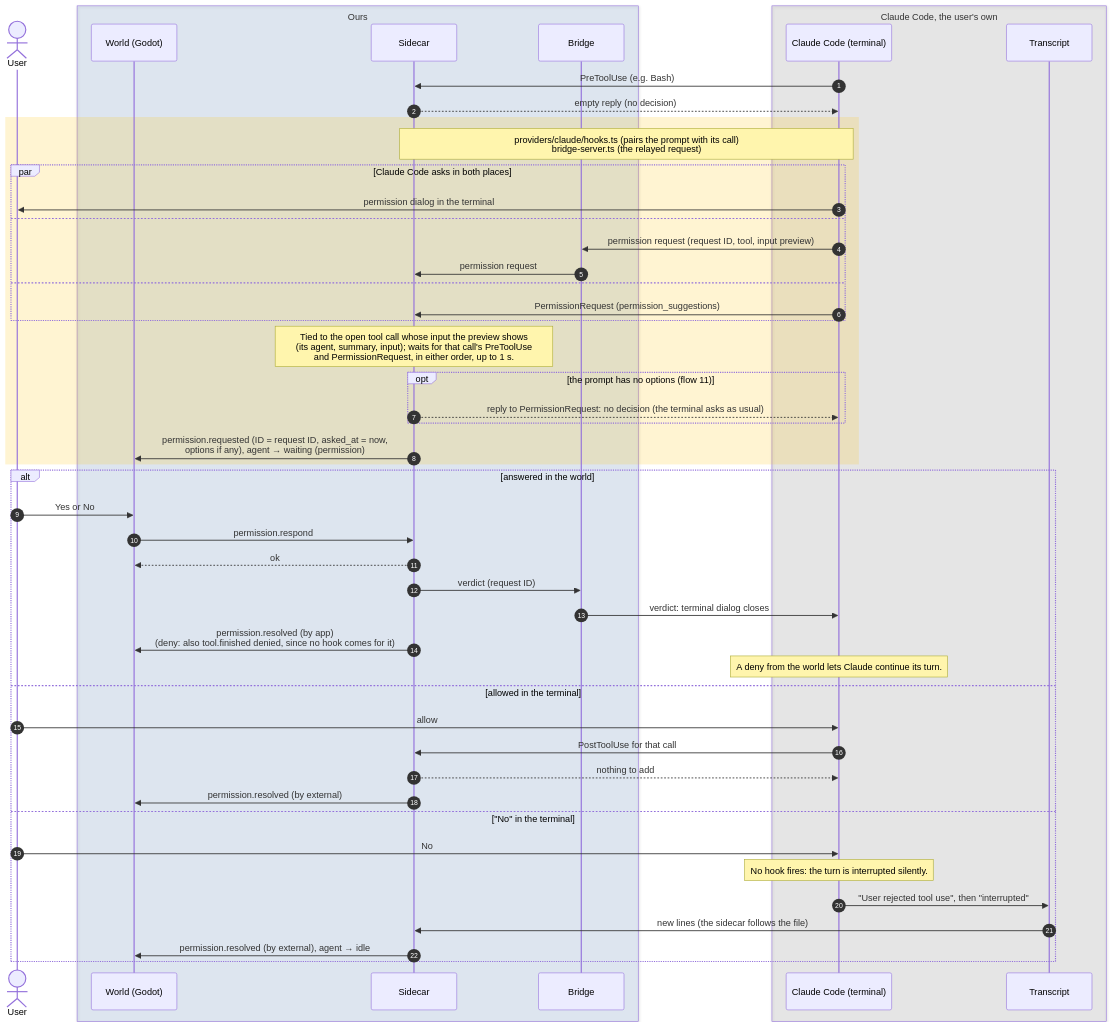
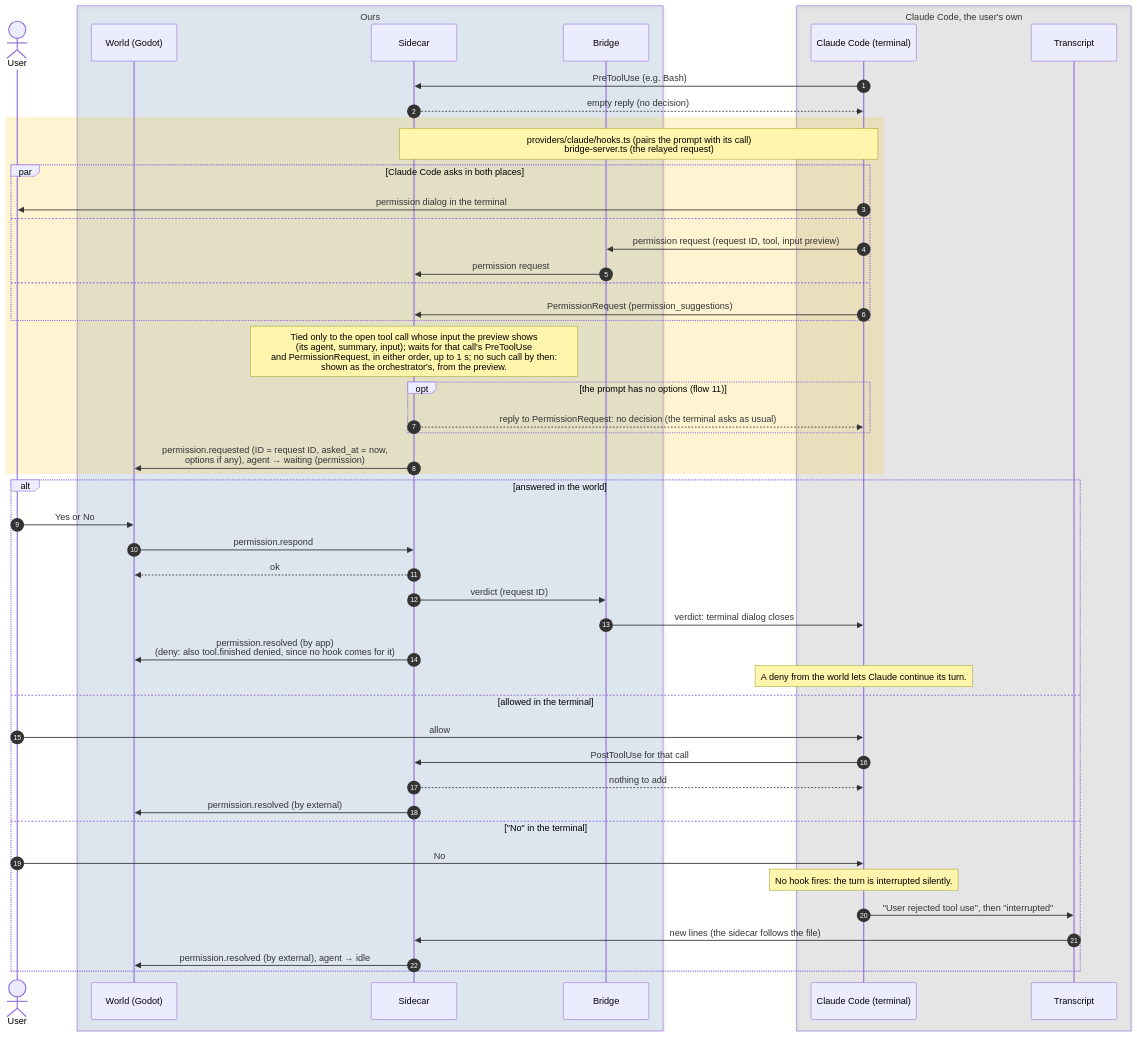
The diagram in docs/diagrams/sequence/03-permission-prompt.md (PaoloPortugal/The-Beach), drawn with Mermaid before and after one commit. The commit also changed 4 other files, not shown here.

Commit message:
Docs: S07 docs-sync re-check (holder note, bridge token reference, late notice, flow 03 matching, transcripts off)

````diff
--- a/docs/diagrams/sequence/03-permission-prompt.md
+++ b/docs/diagrams/sequence/03-permission-prompt.md
@@ -7,55 +7,55 @@
 ```mermaid
 sequenceDiagram
     autonumber
     actor User
 
     box rgba(47,111,191,0.12) Ours
         participant World as World (Godot)
         participant Sidecar
         participant Bridge
     end
 
     box rgba(128,128,128,0.14) Claude Code, the user's own
         participant Claude as Claude Code (terminal)
         participant Log as Transcript
     end
 
     Claude->>Sidecar: PreToolUse (e.g. Bash)
     Sidecar-->>Claude: empty reply (no decision)
     rect rgba(255,193,7,0.18)
         Note over Sidecar,Claude: providers/claude/hooks.ts (pairs the prompt with its call)<br/>bridge-server.ts (the relayed request)
         par Claude Code asks in both places
             Claude->>User: permission dialog in the terminal
         and
             Claude->>Bridge: permission request (request ID, tool, input preview)
             Bridge->>Sidecar: permission request
         and
             Claude->>Sidecar: PermissionRequest (permission_suggestions)
         end
-        Note over Sidecar: Tied to the open tool call whose input the preview shows<br/>(its agent, summary, input)#59; waits for that call's PreToolUse<br/>and PermissionRequest, in either order, up to 1 s.
+        Note over Sidecar: Tied only to the open tool call whose input the preview shows<br/>(its agent, summary, input)#59; waits for that call's PreToolUse<br/>and PermissionRequest, in either order, up to 1 s#59; no such call by then:<br/>shown as the orchestrator's, from the preview.
         opt the prompt has no options (flow 11)
             Sidecar-->>Claude: reply to PermissionRequest: no decision (the terminal asks as usual)
         end
         Sidecar->>World: permission.requested (ID = request ID, asked_at = now,<br/>options if any), agent → waiting (permission)
     end
     alt answered in the world
         User->>World: Yes or No
         World->>Sidecar: permission.respond
         Sidecar-->>World: ok
         Sidecar->>Bridge: verdict (request ID)
         Bridge->>Claude: verdict: terminal dialog closes
         Sidecar->>World: permission.resolved (by app)<br/>(deny: also tool.finished denied, since no hook comes for it)
         Note over Claude: A deny from the world lets Claude continue its turn.
     else allowed in the terminal
         User->>Claude: allow
         Claude->>Sidecar: PostToolUse for that call
         Sidecar-->>Claude: nothing to add
         Sidecar->>World: permission.resolved (by external)
     else "No" in the terminal
         User->>Claude: No
         Note over Claude: No hook fires: the turn is interrupted silently.
         Claude->>Log: "User rejected tool use", then "interrupted"
         Log->>Sidecar: new lines (the sidecar follows the file)
         Sidecar->>World: permission.resolved (by external), agent → idle
     end
 ```
````
